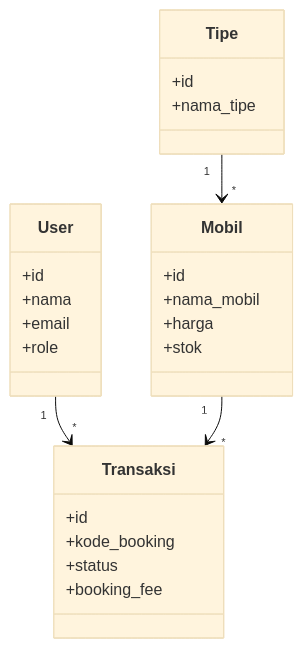
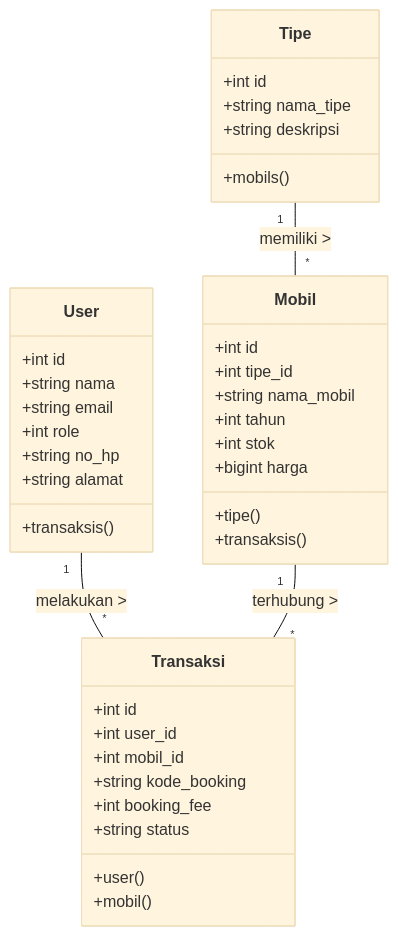
One commit to ohmyzan/Sistem-Penjualan-Mobil changed the third of 3 diagrams in README.md. Above: the diagram before and after it, drawn with Mermaid (base theme). The commit also changed other lines of this file, not shown here.

````diff
--- a/README.md
+++ b/README.md
@@ -195,32 +159,42 @@
 ```mermaid
 classDiagram
     class User {
-        +id
-        +nama
-        +email
-        +role
+        +int id
+        +string nama
+        +string email
+        +int role
+        +string no_hp
+        +string alamat
+        +transaksis()
+    }
+    class Tipe {
+        +int id
+        +string nama_tipe
+        +string deskripsi
+        +mobils()
+    }
+    class Mobil {
+        +int id
+        +int tipe_id
+        +string nama_mobil
+        +int tahun
+        +int stok
+        +bigint harga
+        +tipe()
+        +transaksis()
+    }
+    class Transaksi {
+        +int id
+        +int user_id
+        +int mobil_id
+        +string kode_booking
+        +int booking_fee
+        +string status
+        +user()
+        +mobil()
     }
 
-    class Tipe {
-        +id
-        +nama_tipe
-    }
-
-    class Mobil {
-        +id
-        +nama_mobil
-        +harga
-        +stok
-    }
-
-    class Transaksi {
-        +id
-        +kode_booking
-        +status
-        +booking_fee
-    }
-
-    User "1" --> "*" Transaksi
-    Tipe "1" --> "*" Mobil
-    Mobil "1" --> "*" Transaksi
+    User "1" -- "*" Transaksi : melakukan >
+    Tipe "1" -- "*" Mobil : memiliki >
+    Mobil "1" -- "*" Transaksi : terhubung >
 ```
````
